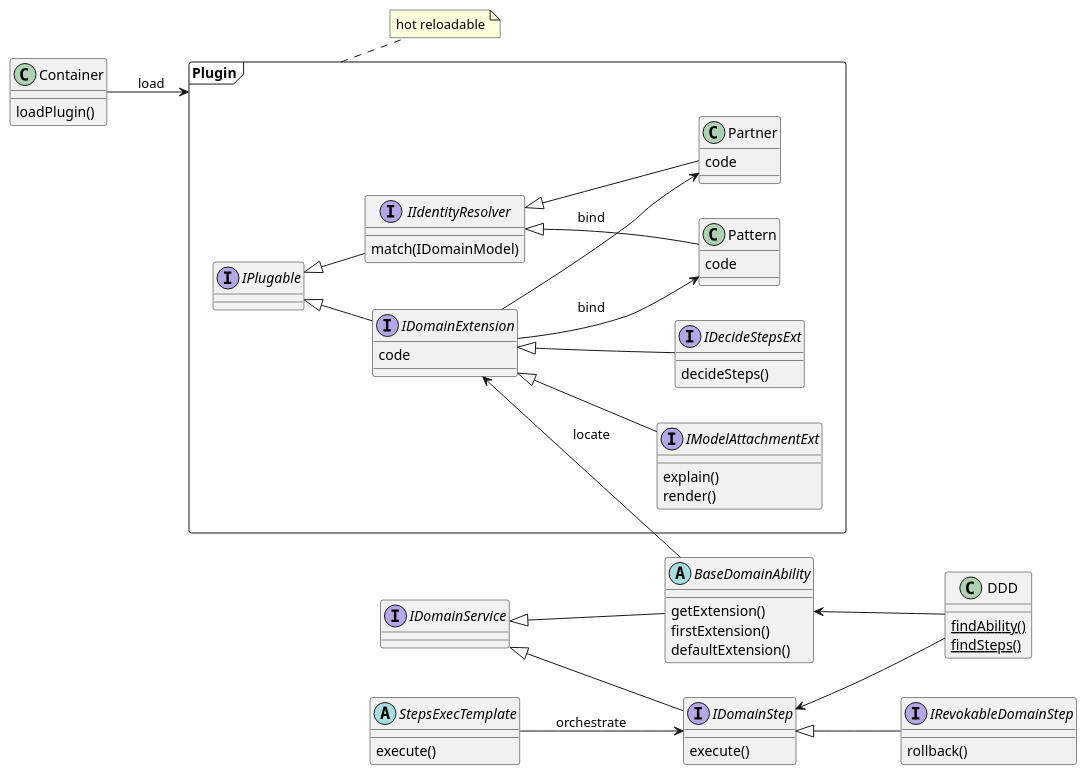
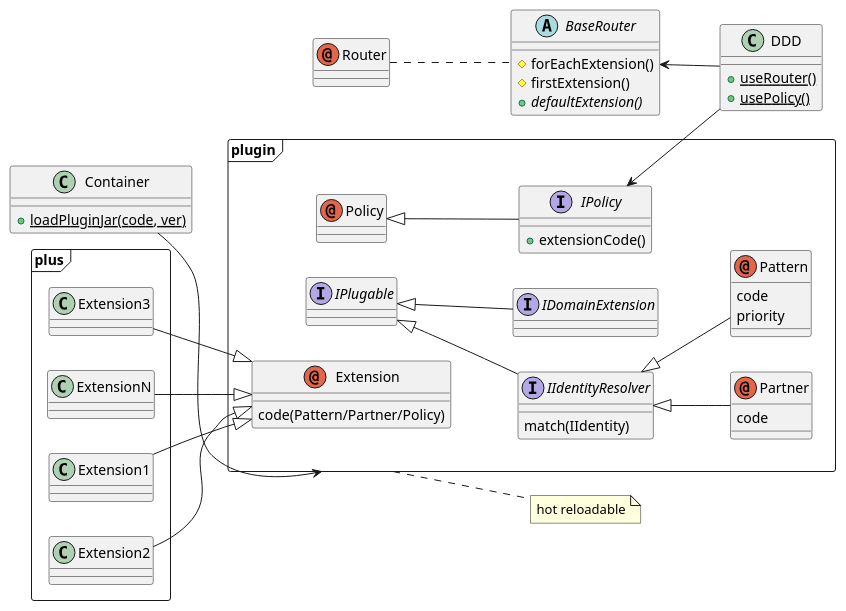
Before and after one commit to funkygao/cp-ddd-framework: the diagram in doc/classes.puml, drawn with PlantUML. The commit also changed 153 other files, not shown here.

```diff
--- a/doc/classes.puml
+++ b/doc/classes.puml
@@ -1,66 +1,61 @@
 @startuml
 skinparam handwritten false
 skinparam shadowing<<with_shadow>> true
 left to right direction
 
-package Plugin <<Frame>> {
+package plugin <<Frame>> {
     interface IIdentityResolver
     interface IDomainExtension
     interface IPlugable
-    interface IModelAttachmentExt
-    interface IDecideStepsExt
-    class Pattern
-    class Partner
+    interface IPolicy
+    annotation Partner
+    annotation Pattern
+    annotation Policy
+    annotation Extension
 }
 
 note "hot reloadable" as N1
-Plugin .. N1
+plugin .. N1
 
-interface IDomainService
-interface IDomainStep
-IDomainStep : execute()
-interface IRevokableDomainStep
-IRevokableDomainStep : rollback()
 IPlugable <|-- IDomainExtension
 IPlugable <|-- IIdentityResolver
-IModelAttachmentExt : explain()
-IModelAttachmentExt : render()
-abstract StepsExecTemplate
-abstract BaseDomainAbility
-BaseDomainAbility : getExtension()
-BaseDomainAbility : firstExtension()
-BaseDomainAbility : defaultExtension()
-StepsExecTemplate : execute()
-DDD : {static} findAbility()
-DDD : {static} findSteps()
-IDecideStepsExt : decideSteps()
-IIdentityResolver : match(IDomainModel)
 
-IDomainService <|-- IDomainStep
-IDomainStep <|-- IRevokableDomainStep
-IDomainService <|-- BaseDomainAbility
+Extension : code(Pattern/Partner/Policy)
 
-IDomainExtension <|-- IDecideStepsExt
-IDomainExtension <|-- IModelAttachmentExt
+annotation Router
+
+abstract BaseRouter
+BaseRouter : #forEachExtension()
+BaseRouter : #firstExtension()
+BaseRouter : {abstract} +defaultExtension()
+DDD : {static} +useRouter()
+DDD : {static} +usePolicy()
+IIdentityResolver : match(IIdentity)
 
 IIdentityResolver <|-- Pattern
 IIdentityResolver <|-- Partner
 
-BaseDomainAbility <-- DDD
-IDomainStep <-- DDD
+IPolicy : +extensionCode()
 
-IDomainExtension <-- BaseDomainAbility: locate
+Router .. BaseRouter
+Policy <|-- IPolicy
 
-IDomainExtension --> Pattern: bind
-IDomainExtension --> Partner: bind
+BaseRouter <-- DDD
+IPolicy <-- DDD
 
-Container : loadPlugin()
+Container : {static} +loadPluginJar(code, ver)
 
-Container --> Plugin : load
+Container --> plugin
 
 Partner : code
 Pattern : code
-IDomainExtension : code
+Pattern : priority
 
-StepsExecTemplate --> IDomainStep: orchestrate
+package plus <<Frame>> {
+    Extension1 --|> Extension
+    Extension2 --|> Extension
+    Extension3 --|> Extension
+    ExtensionN --|> Extension
+}
+
 @enduml
```
